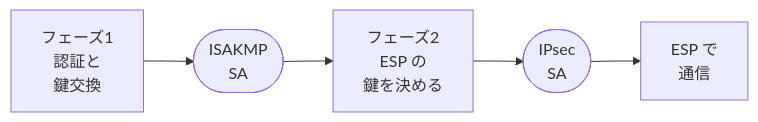
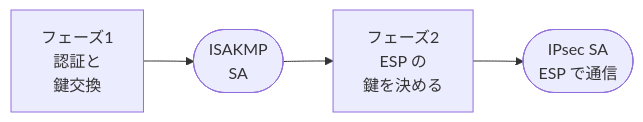
The third of 4 diagrams in network/wan-vpn/ipsec.md (nnnaanaa/document), drawn with Mermaid before and after one commit. The commit also changed 1 other file, not shown here.

Commit message:
IPsec・マルチキャスト暗記シートの図をさらに詰める

````diff
--- a/network/wan-vpn/ipsec.md
+++ b/network/wan-vpn/ipsec.md
@@ -94,7 +94,6 @@
 ```mermaid
 flowchart LR
   P1["フェーズ1<br>認証と<br>鍵交換"] --> S1(["ISAKMP<br>SA"])
   S1 --> P2["フェーズ2<br>ESP の<br>鍵を決める"]
-  P2 --> S2(["IPsec<br>SA"])
-  S2 --> E["ESP で<br>通信"]
+  P2 --> S2(["IPsec SA<br>ESP で通信"])
 ```
````
